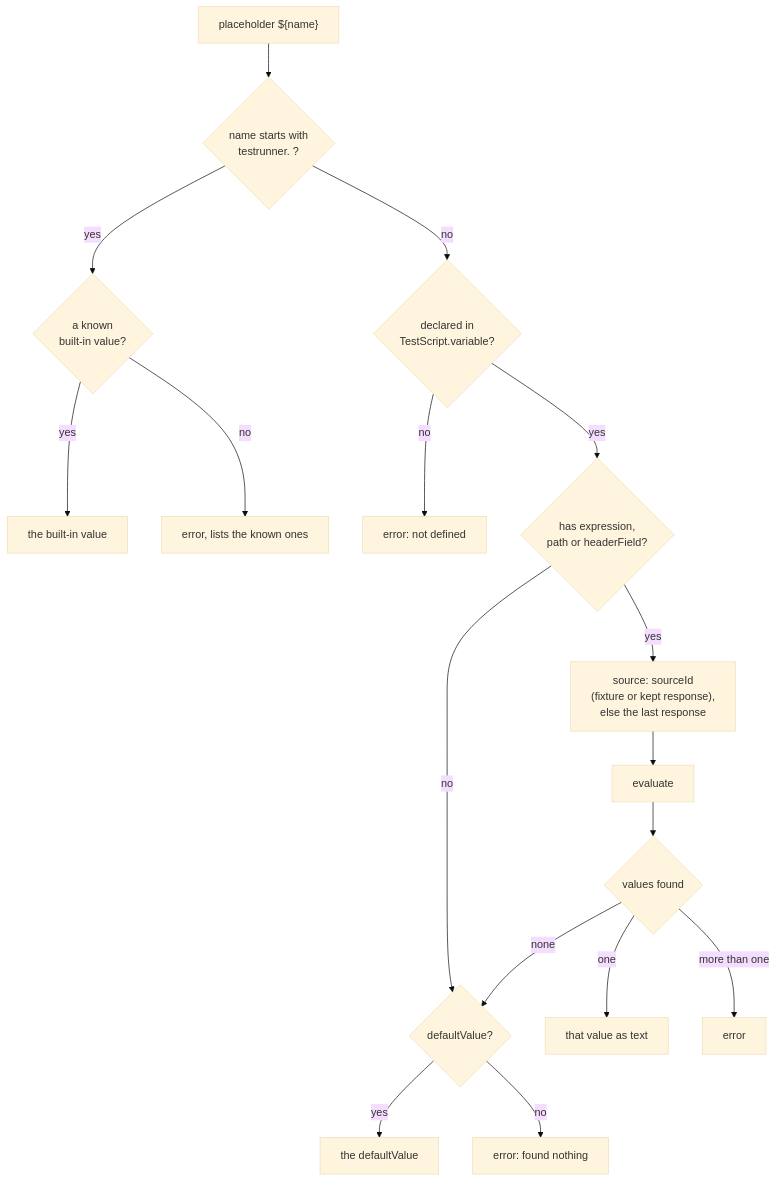
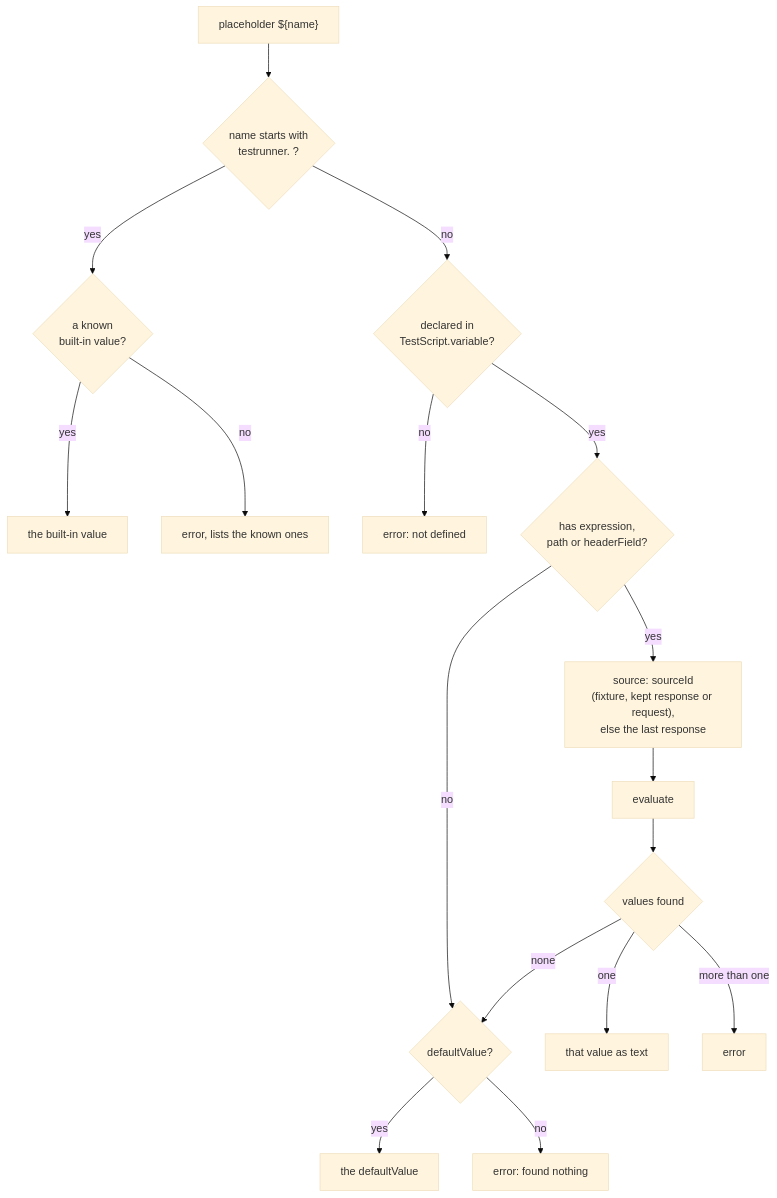
The diagram in docs/wiki/variables.md (mratzenb/FHIR-TestRunner), drawn with Mermaid (base theme) before and after one commit. The commit also changed other lines of this file and 13 other files, not shown here.

````diff
--- a/docs/wiki/variables.md
+++ b/docs/wiki/variables.md
@@ -64,19 +64,19 @@
 ```mermaid
 flowchart TD
     p["placeholder ${name}"] --> b{"name starts with<br/>testrunner. ?"}
     b -- yes --> bi{"a known<br/>built-in value?"}
     bi -- yes --> v1["the built-in value"]
     bi -- no --> e1["error, lists the known ones"]
     b -- no --> d{"declared in<br/>TestScript.variable?"}
     d -- no --> e2["error: not defined"]
     d -- yes --> s{"has expression,<br/>path or headerField?"}
     s -- no --> dv
-    s -- yes --> src["source: sourceId<br/>(fixture or kept response),<br/>else the last response"]
+    s -- yes --> src["source: sourceId<br/>(fixture, kept response or request),<br/>else the last response"]
     src --> ev["evaluate"]
     ev --> n{"values found"}
     n -- one --> v2["that value as text"]
     n -- "more than one" --> e3["error"]
     n -- none --> dv{"defaultValue?"}
     dv -- yes --> v3["the defaultValue"]
     dv -- no --> e4["error: found nothing"]
 ```
````
